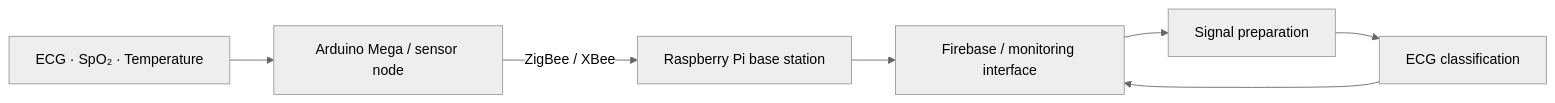
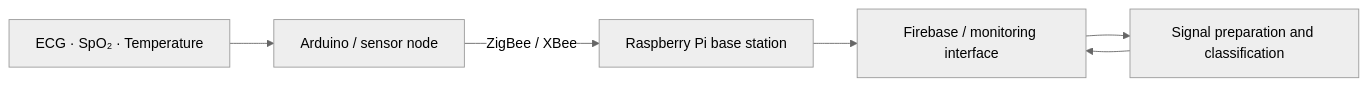
One commit to niki-21/NRSAA changed the diagram in README.md. Above: the diagram before and after it, drawn with Mermaid (neutral theme). The commit also changed other lines of this file and 14 other files, not shown here.

````diff
--- a/README.md
+++ b/README.md
@@ -26,9 +128,8 @@
 ```mermaid
 flowchart LR
-    A["ECG · SpO₂ · Temperature"] --> B["Arduino Mega / sensor node"]
+    A["ECG · SpO₂ · Temperature"] --> B["Arduino / sensor node"]
     B -->|ZigBee / XBee| C["Raspberry Pi base station"]
     C --> D["Firebase / monitoring interface"]
-    D --> E["Signal preparation"]
-    E --> F["ECG classification"]
-    F --> D
+    D --> E["Signal preparation and classification"]
+    E --> D
 ```
````
